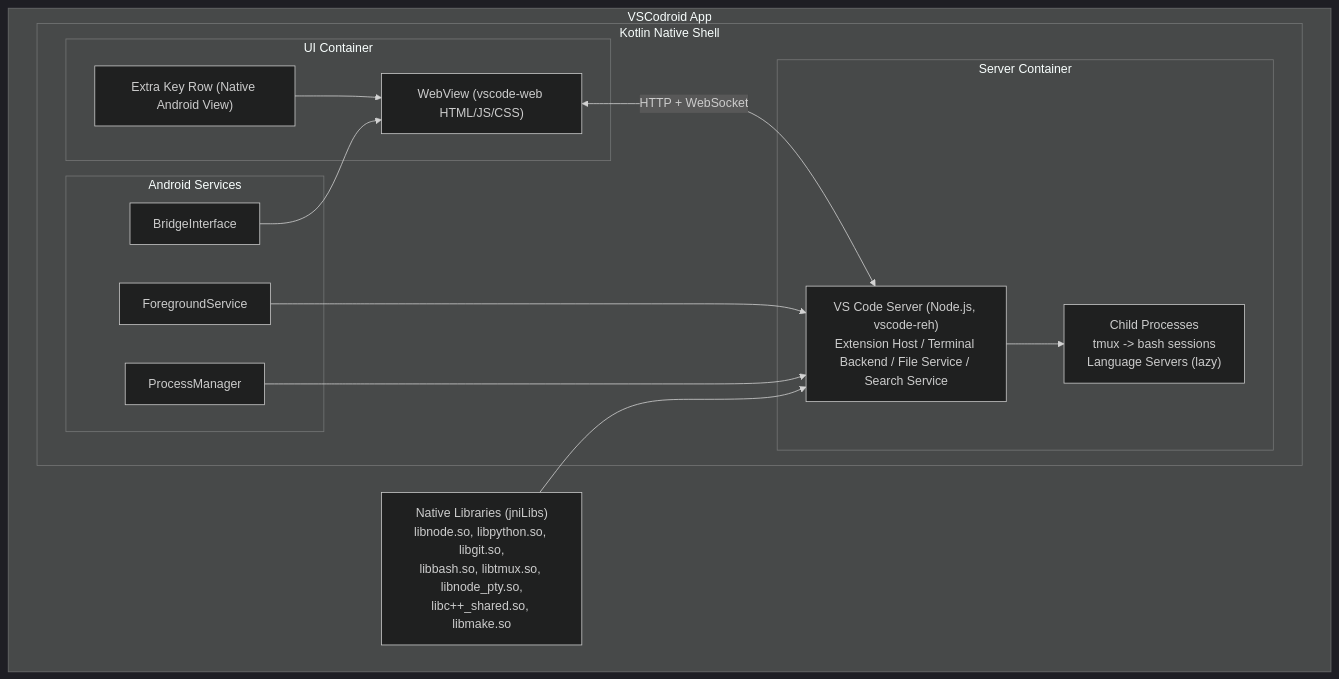
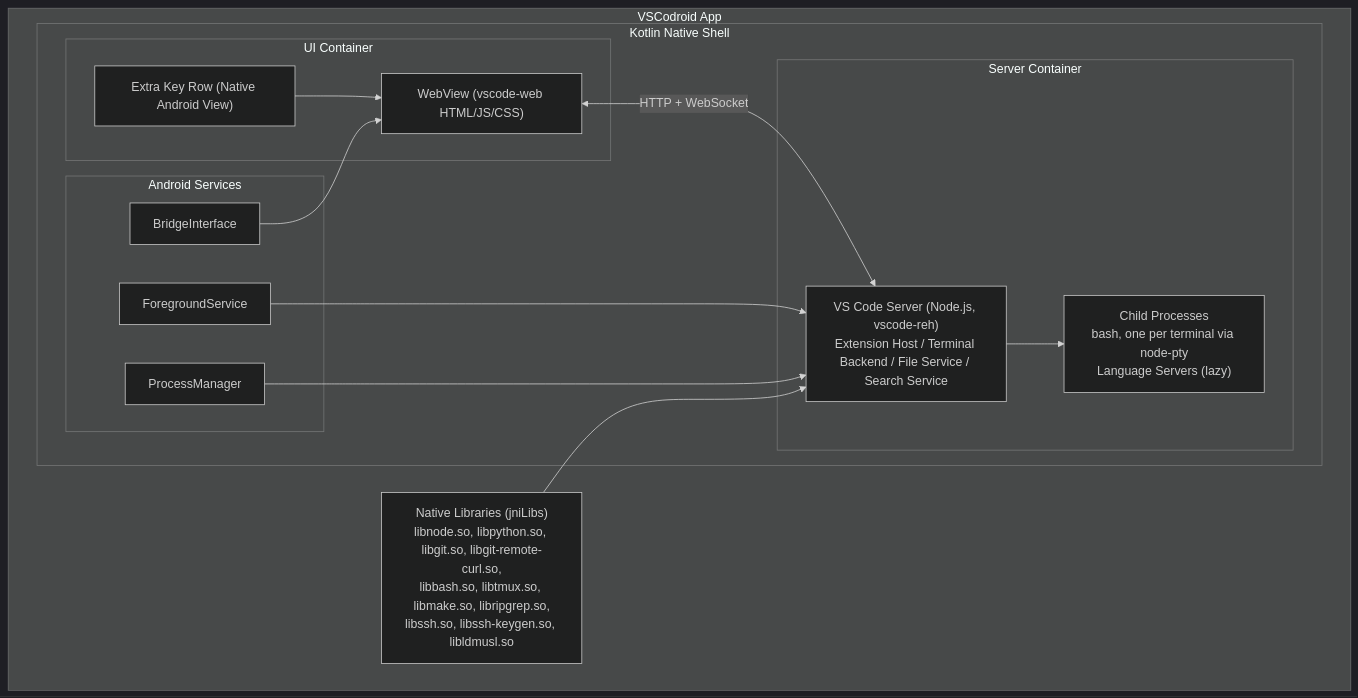
One commit to cuixinyuan666/vscodroid changed the third of 12 diagrams in docs/03-ARCHITECTURE.md. Above: the diagram before and after it, drawn with Mermaid (dark theme). The commit also changed other lines of this file and 11 other files, not shown here.

````diff
--- a/docs/03-ARCHITECTURE.md
+++ b/docs/03-ARCHITECTURE.md
@@ -79,32 +85,32 @@
 ```mermaid
 flowchart TD
   subgraph APP["VSCodroid App"]
     subgraph SHELL["Kotlin Native Shell"]
       subgraph UI["UI Container"]
         WEBVIEW["WebView (vscode-web HTML/JS/CSS)"]
         EXTRAROW["Extra Key Row (Native Android View)"]
       end
 
       subgraph SERVER["Server Container"]
         VSS["VS Code Server (Node.js, vscode-reh)<br/>Extension Host / Terminal Backend / File Service / Search Service"]
-        CHILD["Child Processes<br/>tmux -> bash sessions<br/>Language Servers (lazy)"]
+        CHILD["Child Processes<br/>bash, one per terminal via node-pty<br/>Language Servers (lazy)"]
       end
 
       subgraph SERVICES["Android Services"]
         FGSVC["ForegroundService"]
         PM["ProcessManager"]
         BRIDGE["BridgeInterface"]
       end
     end
 
-    LIBS["Native Libraries (jniLibs)<br/>libnode.so, libpython.so, libgit.so,<br/>libbash.so, libtmux.so, libnode_pty.so,<br/>libc++_shared.so, libmake.so"]
+    LIBS["Native Libraries (jniLibs)<br/>libnode.so, libpython.so, libgit.so, libgit-remote-curl.so,<br/>libbash.so, libtmux.so, libmake.so, libripgrep.so,<br/>libssh.so, libssh-keygen.so, libldmusl.so"]
   end
 
   EXTRAROW --> WEBVIEW
   WEBVIEW <-->|"HTTP + WebSocket"| VSS
   VSS --> CHILD
   FGSVC --> VSS
   PM --> VSS
   BRIDGE --> WEBVIEW
   LIBS --> VSS
 ```
````
